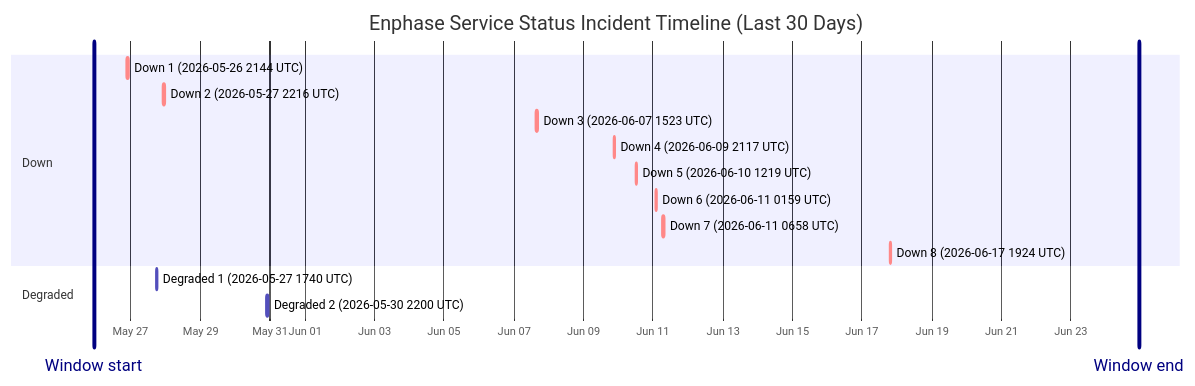
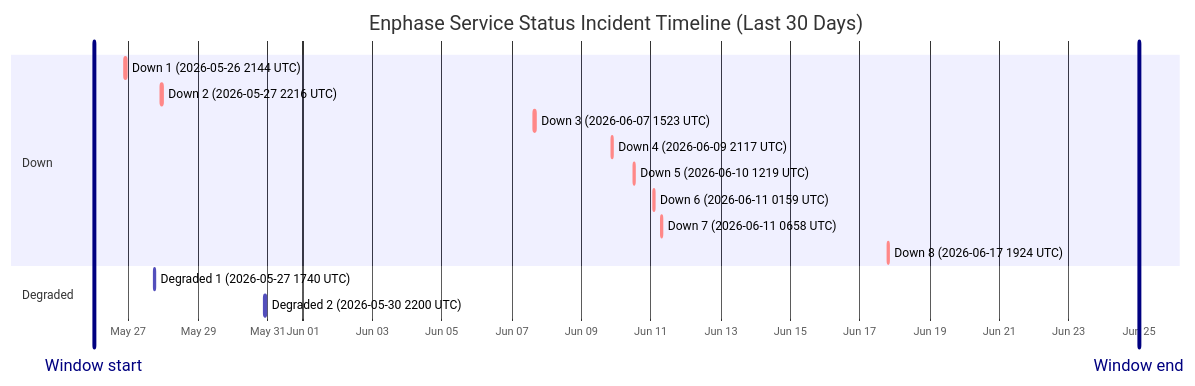
One commit to barneyonline/ha-enphase-energy changed the diagram in wiki/Service-Status-History.md. Above: the diagram before and after it, drawn with Mermaid. The commit also changed other lines of this file and 3 other files, not shown here.

````diff
--- a/wiki/Service-Status-History.md
+++ b/wiki/Service-Status-History.md
@@ -14,20 +14,20 @@
 ```mermaid
 gantt
     title Enphase Service Status Incident Timeline (Last 30 Days)
     dateFormat  YYYY-MM-DDTHH:mm:ss
     axisFormat  %b %d
-    Window start :vert, window-start, 2026-05-25T22:46:26, 0ms
-    Window end :vert, window-end, 2026-06-24T22:46:26, 0ms
+    Window start :vert, window-start, 2026-05-26T00:11:17, 0ms
+    Window end :vert, window-end, 2026-06-25T00:11:17, 0ms
     section Down
     Down 1 (2026-05-26 2144 UTC) :crit, down-1, 2026-05-26T21:44:11, 85m
     Down 2 (2026-05-27 2216 UTC) :crit, down-2, 2026-05-27T22:16:53, 87m
     Down 3 (2026-06-07 1523 UTC) :crit, down-3, 2026-06-07T15:23:22, 87m
     Down 4 (2026-06-09 2117 UTC) :crit, down-4, 2026-06-09T21:17:17, 60m
     Down 5 (2026-06-10 1219 UTC) :crit, down-5, 2026-06-10T12:19:21, 60m
     Down 6 (2026-06-11 0159 UTC) :crit, down-6, 2026-06-11T01:59:36, 60m
     Down 7 (2026-06-11 0658 UTC) :crit, down-7, 2026-06-11T06:58:45, 60m
     Down 8 (2026-06-17 1924 UTC) :crit, down-8, 2026-06-17T19:24:51, 60m
     section Degraded
     Degraded 1 (2026-05-27 1740 UTC) :active, degraded-1, 2026-05-27T17:40:52, 60m
     Degraded 2 (2026-05-30 2200 UTC) :active, degraded-2, 2026-05-30T22:00:37, 60m
 ```
````
